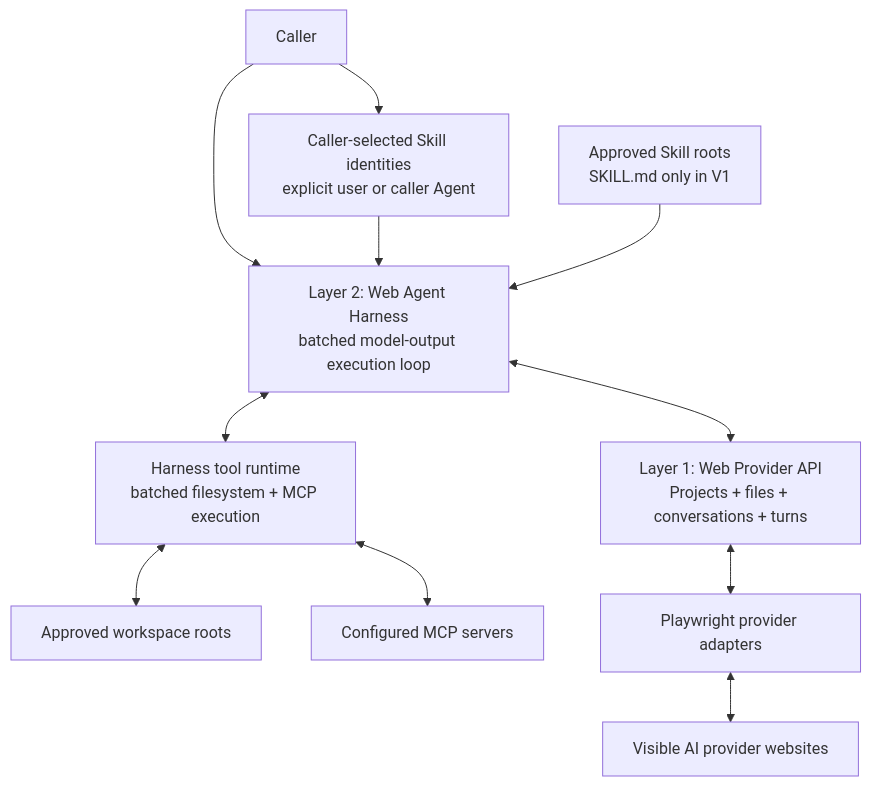
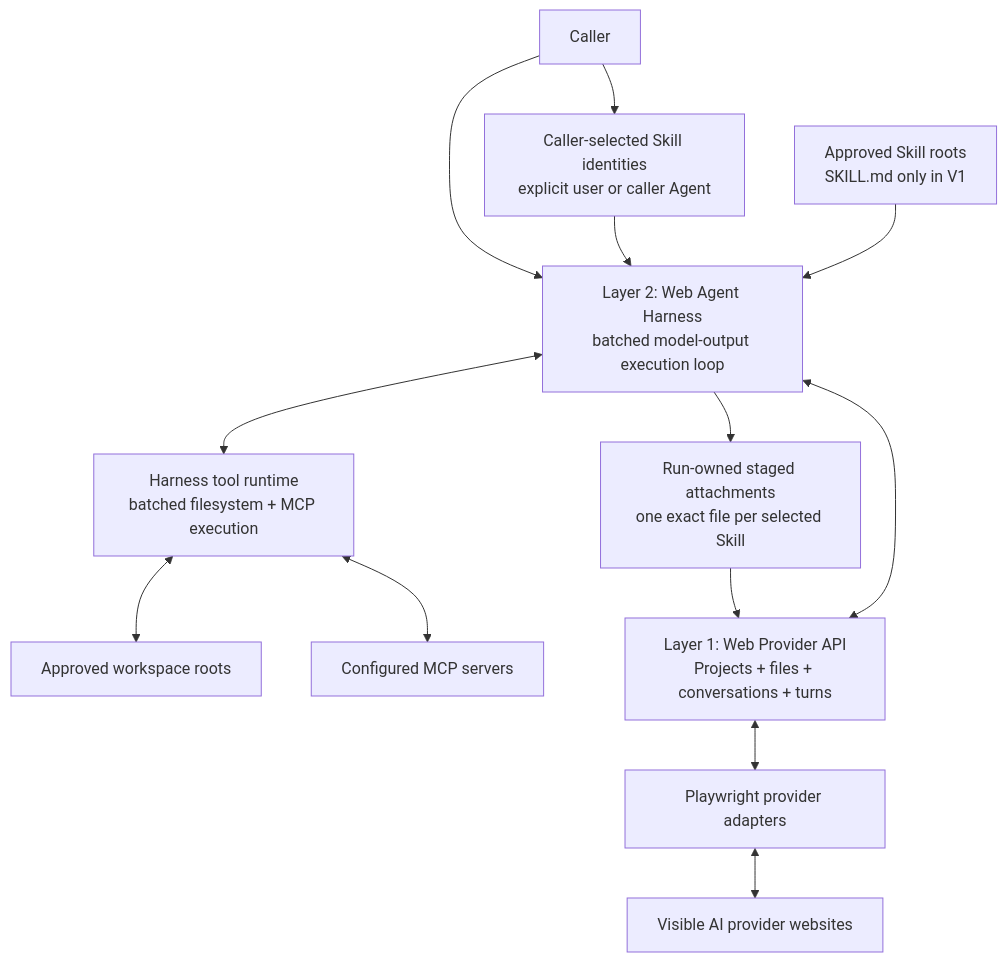
Before and after one commit to jazelly/tokenless: the first of 2 diagrams in docs/roadmaps/P0-web-agent-harness.md, drawn with Mermaid. The commit also changed other lines of this file and 6 other files, not shown here.

Commit message:
docs(roadmaps): update browser runtime and web harness plans

````diff
--- a/docs/roadmaps/P0-web-agent-harness.md
+++ b/docs/roadmaps/P0-web-agent-harness.md
@@ -71,24 +75,27 @@
 ```mermaid
 flowchart TB
   Caller["Caller"]
   SkillSelection["Caller-selected Skill identities<br/>explicit user or caller Agent"]
   Skills["Approved Skill roots<br/>SKILL.md only in V1"]
+  SkillFiles["Run-owned staged attachments<br/>one exact file per selected Skill"]
   Harness["Layer 2: Web Agent Harness<br/>batched model-output execution loop"]
   Tools["Harness tool runtime<br/>batched filesystem + MCP execution"]
   Files["Approved workspace roots"]
   MCP["Configured MCP servers"]
   Provider["Layer 1: Web Provider API<br/>Projects + files + conversations + turns"]
   Playwright["Playwright provider adapters"]
   Websites["Visible AI provider websites"]
 
   Caller --> Harness
   Caller --> SkillSelection
   SkillSelection --> Harness
   Skills --> Harness
+  Harness --> SkillFiles
+  SkillFiles --> Provider
   Harness <--> Tools
   Tools <--> Files
   Tools <--> MCP
   Harness <--> Provider
   Provider <--> Playwright
   Playwright <--> Websites
 ```
````
